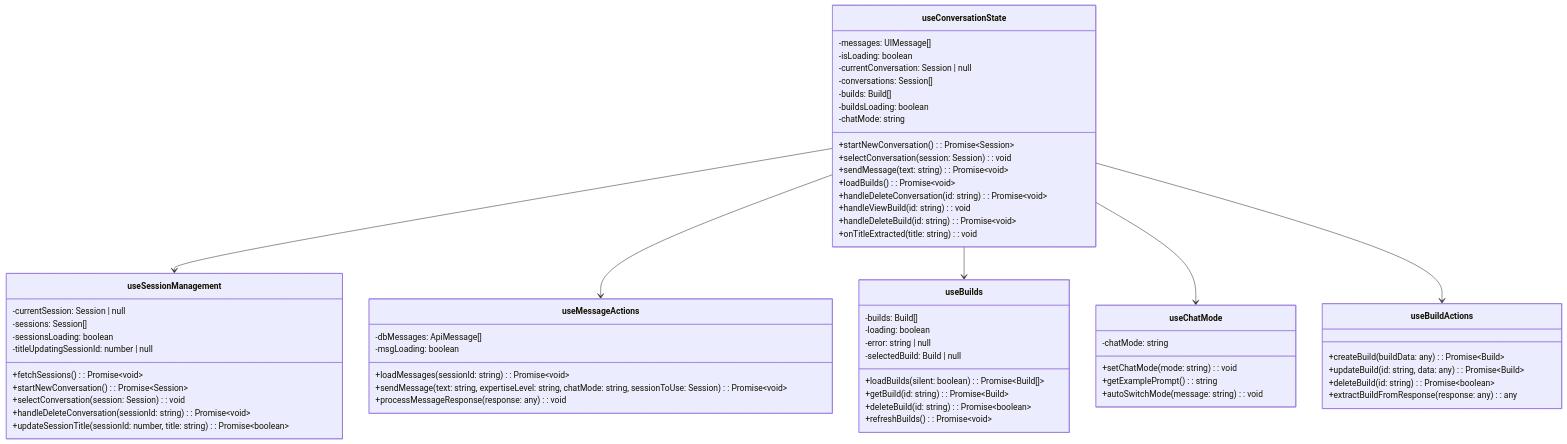
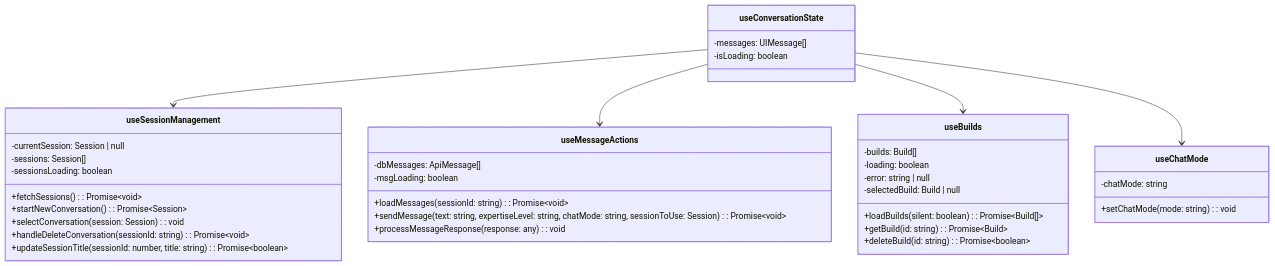
The seventh of 19 diagrams in docs/design-specification.md (p0pular131/askspec-chat-assistant), drawn with Mermaid before and after one commit.

Commit message:
ㅁㄴㅇㄹ

````diff
--- a/docs/design-specification.md
+++ b/docs/design-specification.md
@@ -409,73 +409,46 @@
 ```mermaid
 classDiagram
-    direction TB
-    
     class useConversationState {
         -messages: UIMessage[]
         -isLoading: boolean
-        -currentConversation: Session | null
-        -conversations: Session[]
-        -builds: Build[]
-        -buildsLoading: boolean
-        -chatMode: string
-        +startNewConversation(): Promise~Session~
-        +selectConversation(session: Session): void
-        +sendMessage(text: string): Promise~void~
-        +loadBuilds(): Promise~void~
-        +handleDeleteConversation(id: string): Promise~void~
-        +handleViewBuild(id: string): void
-        +handleDeleteBuild(id: string): Promise~void~
-        +onTitleExtracted(title: string): void
     }
-    
+
     class useSessionManagement {
         -currentSession: Session | null
         -sessions: Session[]
         -sessionsLoading: boolean
-        -titleUpdatingSessionId: number | null
         +fetchSessions(): Promise~void~
         +startNewConversation(): Promise~Session~
         +selectConversation(session: Session): void
         +handleDeleteConversation(sessionId: string): Promise~void~
         +updateSessionTitle(sessionId: number, title: string): Promise~boolean~
     }
-    
+
     class useMessageActions {
         -dbMessages: ApiMessage[]
         -msgLoading: boolean
         +loadMessages(sessionId: string): Promise~void~
         +sendMessage(text: string, expertiseLevel: string, chatMode: string, sessionToUse: Session): Promise~void~
         +processMessageResponse(response: any): void
     }
-    
+
     class useBuilds {
         -builds: Build[]
         -loading: boolean
         -error: string | null
         -selectedBuild: Build | null
         +loadBuilds(silent: boolean): Promise~Build[]~
         +getBuild(id: string): Promise~Build~
         +deleteBuild(id: string): Promise~boolean~
-        +refreshBuilds(): Promise~void~
     }
-    
+
     class useChatMode {
         -chatMode: string
         +setChatMode(mode: string): void
-        +getExamplePrompt(): string
-        +autoSwitchMode(message: string): void
-    }
-    
-    class useBuildActions {
-        +createBuild(buildData: any): Promise~Build~
-        +updateBuild(id: string, data: any): Promise~Build~
-        +deleteBuild(id: string): Promise~boolean~
-        +extractBuildFromResponse(response: any): any
     }
 
     useConversationState --> useSessionManagement
     useConversationState --> useMessageActions
     useConversationState --> useBuilds
     useConversationState --> useChatMode
-    useConversationState --> useBuildActions
 ```
````
